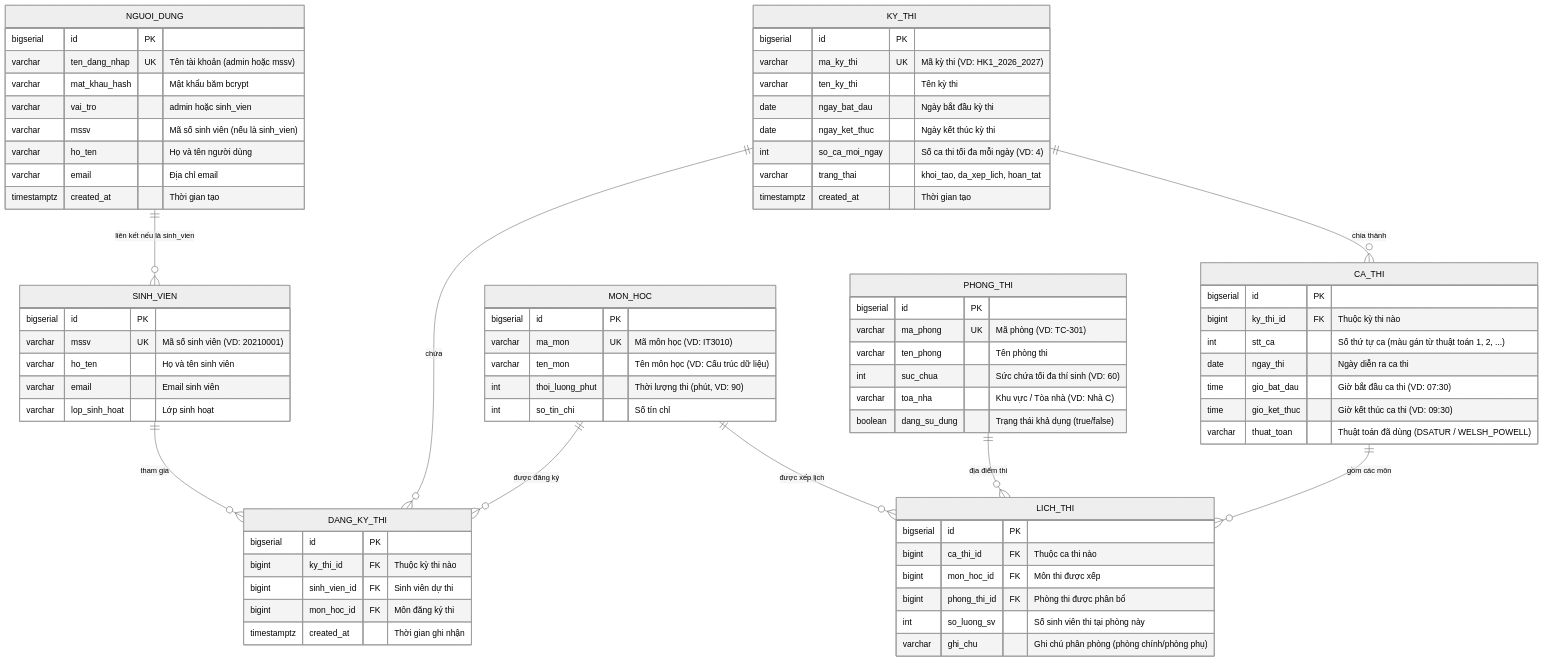
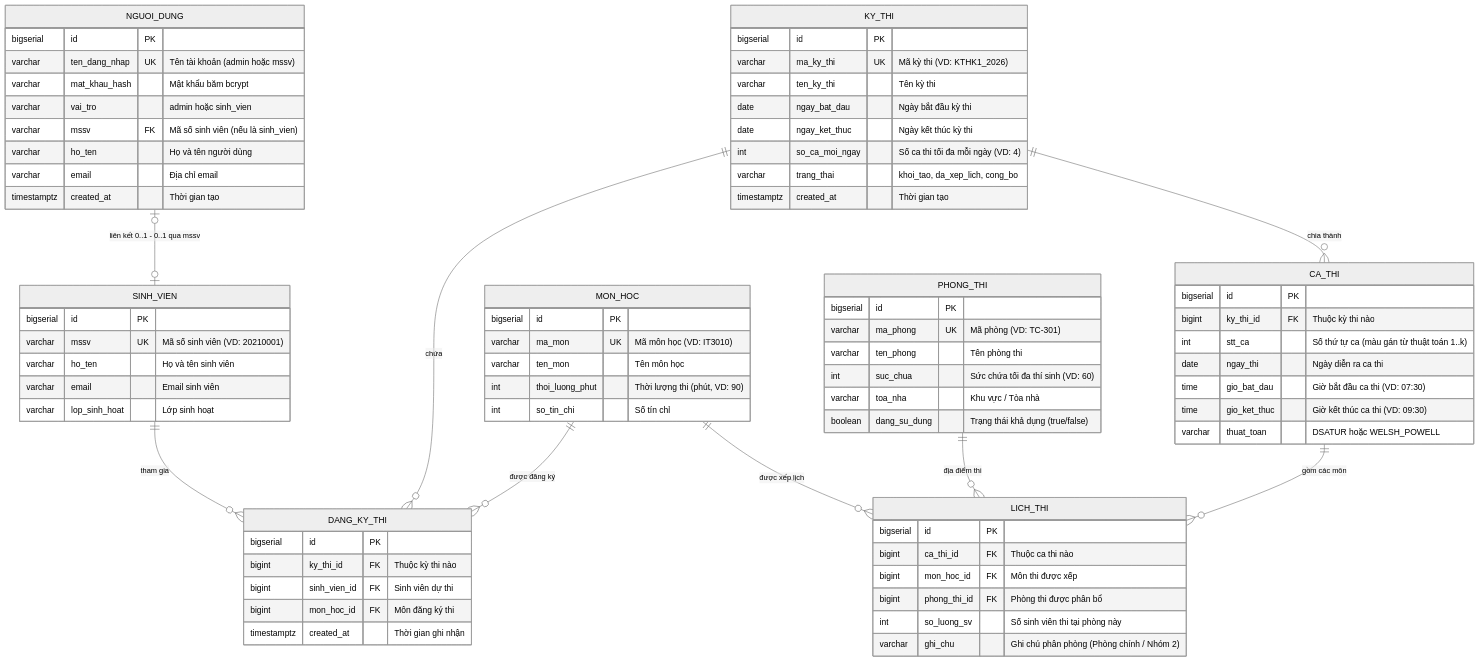
The first of 4 diagrams in docs/04. Database design.md (phattvh/GraphTheory_HTTPS), drawn with Mermaid (neutral theme) before and after one commit. The commit also changed other lines of this file and 1 other file, not shown here.

````diff
--- a/docs/04. Database design.md
+++ b/docs/04. Database design.md
@@ -19,6 +48,6 @@
 ```mermaid
 erDiagram
-    NGUOI_DUNG ||--o{ SINH_VIEN : "liên kết nếu là sinh_vien"
+    NGUOI_DUNG |o--o| SINH_VIEN : "liên kết 0..1 - 0..1 qua mssv"
     KY_THI ||--o{ DANG_KY_THI : "chứa"
     KY_THI ||--o{ CA_THI : "chia thành"
     MON_HOC ||--o{ DANG_KY_THI : "được đăng ký"
@@ -32,7 +61,7 @@
         varchar ten_dang_nhap UK "Tên tài khoản (admin hoặc mssv)"
         varchar mat_khau_hash "Mật khẩu băm bcrypt"
         varchar vai_tro "admin hoặc sinh_vien"
-        varchar mssv "Mã số sinh viên (nếu là sinh_vien)"
+        varchar mssv FK "Mã số sinh viên (nếu là sinh_vien)"
         varchar ho_ten "Họ và tên người dùng"
         varchar email "Địa chỉ email"
         timestamptz created_at "Thời gian tạo"
@@ -40,19 +69,19 @@
 
     KY_THI {
         bigserial id PK
-        varchar ma_ky_thi UK "Mã kỳ thi (VD: HK1_2026_2027)"
+        varchar ma_ky_thi UK "Mã kỳ thi (VD: KTHK1_2026)"
         varchar ten_ky_thi "Tên kỳ thi"
         date ngay_bat_dau "Ngày bắt đầu kỳ thi"
         date ngay_ket_thuc "Ngày kết thúc kỳ thi"
         int so_ca_moi_ngay "Số ca thi tối đa mỗi ngày (VD: 4)"
-        varchar trang_thai "khoi_tao, da_xep_lich, hoan_tat"
+        varchar trang_thai "khoi_tao, da_xep_lich, cong_bo"
         timestamptz created_at "Thời gian tạo"
     }
 
     MON_HOC {
         bigserial id PK
         varchar ma_mon UK "Mã môn học (VD: IT3010)"
-        varchar ten_mon "Tên môn học (VD: Cấu trúc dữ liệu)"
+        varchar ten_mon "Tên môn học"
         int thoi_luong_phut "Thời lượng thi (phút, VD: 90)"
         int so_tin_chi "Số tín chỉ"
     }
@@ -78,18 +107,18 @@
         varchar ma_phong UK "Mã phòng (VD: TC-301)"
         varchar ten_phong "Tên phòng thi"
         int suc_chua "Sức chứa tối đa thí sinh (VD: 60)"
-        varchar toa_nha "Khu vực / Tòa nhà (VD: Nhà C)"
+        varchar toa_nha "Khu vực / Tòa nhà"
         boolean dang_su_dung "Trạng thái khả dụng (true/false)"
     }
 
     CA_THI {
         bigserial id PK
         bigint ky_thi_id FK "Thuộc kỳ thi nào"
-        int stt_ca "Số thứ tự ca (màu gán từ thuật toán 1, 2, ...)"
+        int stt_ca "Số thứ tự ca (màu gán từ thuật toán 1..k)"
         date ngay_thi "Ngày diễn ra ca thi"
         time gio_bat_dau "Giờ bắt đầu ca thi (VD: 07:30)"
         time gio_ket_thuc "Giờ kết thúc ca thi (VD: 09:30)"
-        varchar thuat_toan "Thuật toán đã dùng (DSATUR / WELSH_POWELL)"
+        varchar thuat_toan "DSATUR hoặc WELSH_POWELL"
     }
 
     LICH_THI {
@@ -98,6 +127,6 @@
         bigint mon_hoc_id FK "Môn thi được xếp"
         bigint phong_thi_id FK "Phòng thi được phân bổ"
         int so_luong_sv "Số sinh viên thi tại phòng này"
-        varchar ghi_chu "Ghi chú phân phòng (phòng chính/phòng phụ)"
+        varchar ghi_chu "Ghi chú phân phòng (Phòng chính / Nhóm 2)"
     }
 ```
````
